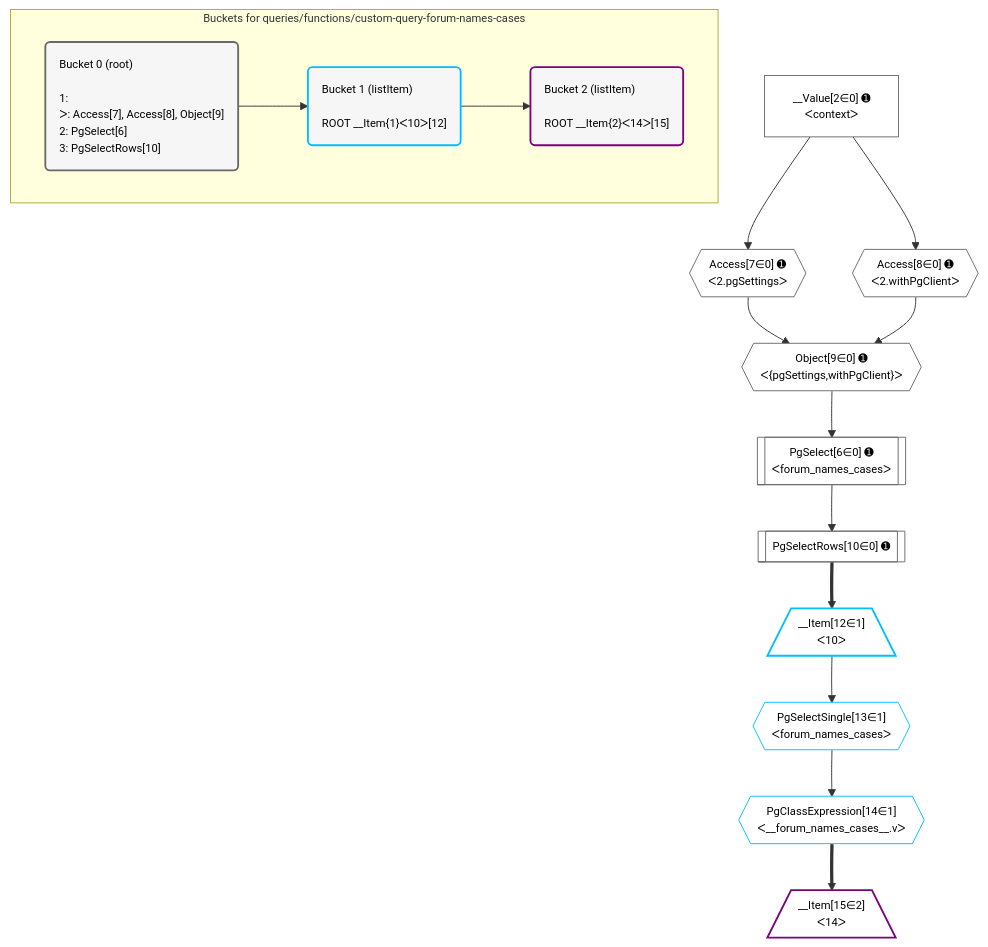
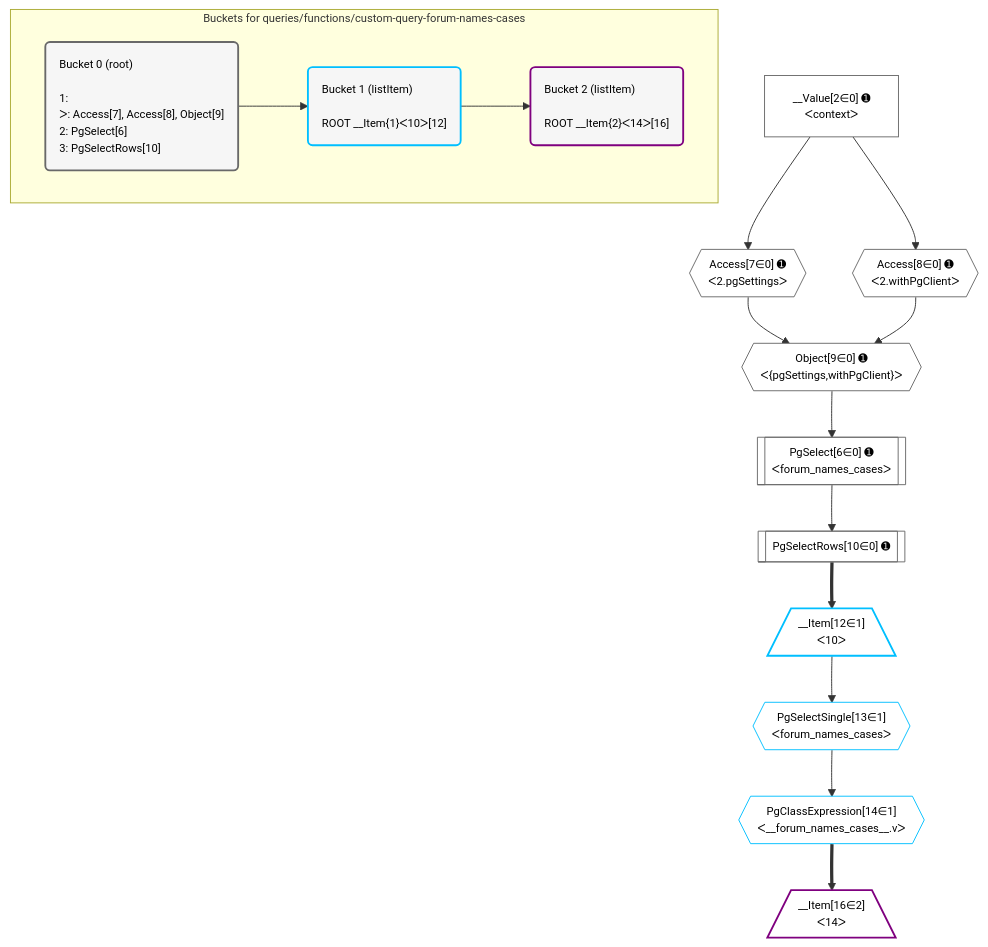
One commit to benjaie/crystal changed the diagram in grafast/dataplan-pg/__tests__/queries/functions/custom-query-forum-names-cases.deopt.mermaid. Above: the diagram before and after it, drawn with Mermaid. The commit also changed 138 other files, not shown here.

Commit message:
Update mermaid snapshots

```diff
--- a/grafast/dataplan-pg/__tests__/queries/functions/custom-query-forum-names-cases.deopt.mermaid
+++ b/grafast/dataplan-pg/__tests__/queries/functions/custom-query-forum-names-cases.deopt.mermaid
@@ -1,45 +1,45 @@
 %%{init: {'themeVariables': { 'fontSize': '12px'}}}%%
 graph TD
     classDef path fill:#eee,stroke:#000,color:#000
     classDef plan fill:#fff,stroke-width:1px,color:#000
     classDef itemplan fill:#fff,stroke-width:2px,color:#000
     classDef unbatchedplan fill:#dff,stroke-width:1px,color:#000
     classDef sideeffectplan fill:#fcc,stroke-width:2px,color:#000
     classDef bucket fill:#f6f6f6,color:#000,stroke-width:2px,text-align:left
 
     subgraph "Buckets for queries/functions/custom-query-forum-names-cases"
     Bucket0("Bucket 0 (root)<br /><br />1: <br />ᐳ: Access[7], Access[8], Object[9]<br />2: PgSelect[6]<br />3: PgSelectRows[10]"):::bucket
     Bucket1("Bucket 1 (listItem)<br /><br />ROOT __Item{1}ᐸ10ᐳ[12]"):::bucket
-    Bucket2("Bucket 2 (listItem)<br /><br />ROOT __Item{2}ᐸ14ᐳ[15]"):::bucket
+    Bucket2("Bucket 2 (listItem)<br /><br />ROOT __Item{2}ᐸ14ᐳ[16]"):::bucket
     end
     Bucket0 --> Bucket1
     Bucket1 --> Bucket2
 
     %% plan dependencies
     Object9{{"Object[9∈0] ➊<br />ᐸ{pgSettings,withPgClient}ᐳ"}}:::plan
     Access7{{"Access[7∈0] ➊<br />ᐸ2.pgSettingsᐳ"}}:::plan
     Access8{{"Access[8∈0] ➊<br />ᐸ2.withPgClientᐳ"}}:::plan
     Access7 & Access8 --> Object9
     PgSelect6[["PgSelect[6∈0] ➊<br />ᐸforum_names_casesᐳ"]]:::plan
     Object9 --> PgSelect6
     __Value2["__Value[2∈0] ➊<br />ᐸcontextᐳ"]:::plan
     __Value2 --> Access7
     __Value2 --> Access8
     PgSelectRows10[["PgSelectRows[10∈0] ➊"]]:::plan
     PgSelect6 --> PgSelectRows10
     __Item12[/"__Item[12∈1]<br />ᐸ10ᐳ"\]:::itemplan
     PgSelectRows10 ==> __Item12
     PgSelectSingle13{{"PgSelectSingle[13∈1]<br />ᐸforum_names_casesᐳ"}}:::plan
     __Item12 --> PgSelectSingle13
     PgClassExpression14{{"PgClassExpression[14∈1]<br />ᐸ__forum_names_cases__.vᐳ"}}:::plan
     PgSelectSingle13 --> PgClassExpression14
-    __Item15[/"__Item[15∈2]<br />ᐸ14ᐳ"\]:::itemplan
-    PgClassExpression14 ==> __Item15
+    __Item16[/"__Item[16∈2]<br />ᐸ14ᐳ"\]:::itemplan
+    PgClassExpression14 ==> __Item16
 
     %% define steps
     classDef bucket0 stroke:#696969
     class Bucket0,__Value2,PgSelect6,Access7,Access8,Object9,PgSelectRows10 bucket0
     classDef bucket1 stroke:#00bfff
     class Bucket1,__Item12,PgSelectSingle13,PgClassExpression14 bucket1
     classDef bucket2 stroke:#7f007f
-    class Bucket2,__Item15 bucket2
+    class Bucket2,__Item16 bucket2
```
